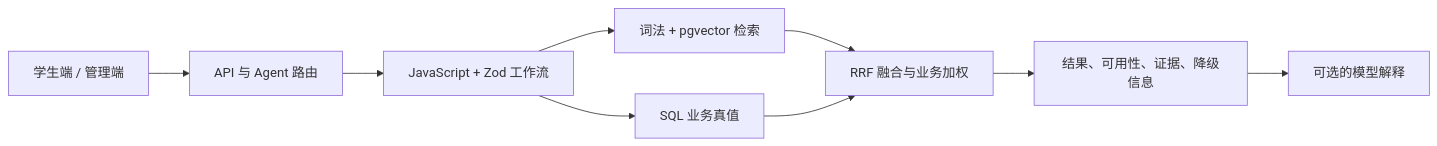
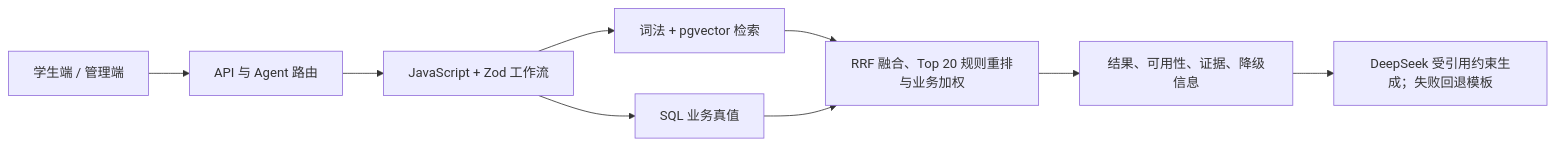
The diagram in docs/RAG-AGENT-ARCHITECTURE.md (heshuoshuo0512/eat), drawn with Mermaid before and after one commit. The commit also changed other lines of this file and 53 other files, not shown here.

````diff
--- a/docs/RAG-AGENT-ARCHITECTURE.md
+++ b/docs/RAG-AGENT-ARCHITECTURE.md
@@ -17,11 +17,11 @@
 ```mermaid
 flowchart LR
     UI["学生端 / 管理端"] --> API["API 与 Agent 路由"]
     API --> WF["JavaScript + Zod 工作流"]
     WF --> SQL["SQL 业务真值"]
     WF --> RET["词法 + pgvector 检索"]
-    RET --> RRF["RRF 融合与业务加权"]
+    RET --> RRF["RRF 融合、Top 20 规则重排与业务加权"]
     SQL --> RRF
     RRF --> OUT["结果、可用性、证据、降级信息"]
-    OUT --> LLM["可选的模型解释"]
+    OUT --> LLM["DeepSeek 受引用约束生成；失败回退模板"]
 ```
````
